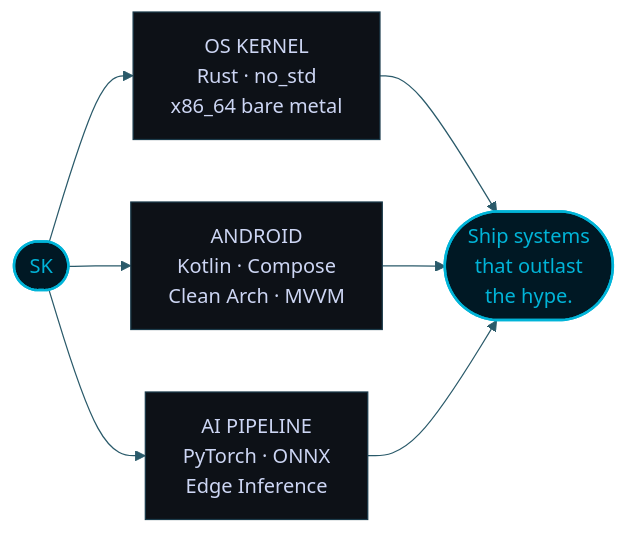
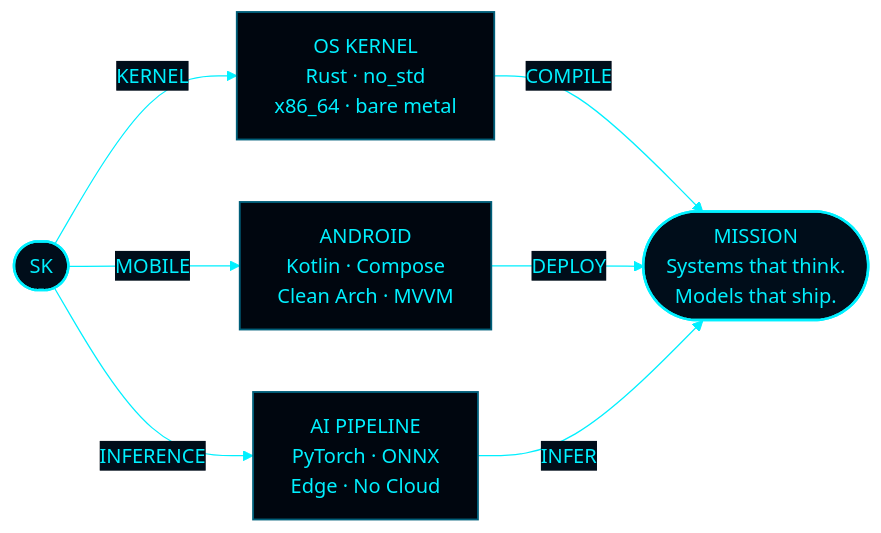
Before and after one commit to samrudha01codespace/samrudha01codespace: the diagram in README.md, drawn with Mermaid.

````diff
--- a/README.md
+++ b/README.md
@@ -85,20 +85,28 @@
 ```mermaid
-%%{init: {'theme': 'base', 'themeVariables': {'primaryColor': '#0D1117', 'primaryTextColor': '#00B4D8', 'primaryBorderColor': '#1a3a4a', 'lineColor': '#2a5a6a', 'secondaryColor': '#0a1520', 'tertiaryColor': '#0a1520', 'nodeTextColor': '#cdd6f4', 'edgeLabelBackground': '#0D1117', 'clusterBkg': '#0a1520', 'titleColor': '#00B4D8', 'fontFamily': 'monospace'}}}%%
+%%{init: {'theme': 'base', 'themeVariables': {'primaryColor': '#000d1a', 'primaryTextColor': '#00f0ff', 'primaryBorderColor': '#00f0ff', 'lineColor': '#00f0ff', 'secondaryColor': '#000d1a', 'tertiaryColor': '#000d1a', 'nodeTextColor': '#00f0ff', 'edgeLabelBackground': '#000d1a', 'clusterBkg': '#000d1a', 'titleColor': '#00f0ff', 'fontFamily': 'monospace'}}}%%
 
 graph LR
     SK(["SK"])
 
-    SK --> OS["OS KERNEL\nRust · no_std\nx86_64 bare metal"]
-    SK --> AND["ANDROID\nKotlin · Compose\nClean Arch · MVVM"]
-    SK --> AI["AI PIPELINE\nPyTorch · ONNX\nEdge Inference"]
+    SK -->|"KERNEL"| OS["OS KERNEL
+    Rust · no_std
+    x86_64 · bare metal"]
+    SK -->|"MOBILE"| AND["ANDROID
+    Kotlin · Compose
+    Clean Arch · MVVM"]
+    SK -->|"INFERENCE"| AI["AI PIPELINE
+    PyTorch · ONNX
+    Edge · No Cloud"]
 
-    OS --> OUT(["Ship systems\nthat outlast\nthe hype."])
-    AND --> OUT
-    AI --> OUT
+    OS -->|"COMPILE"| OUT(["MISSION
+    Systems that think.
+    Models that ship."])
+    AND -->|"DEPLOY"| OUT
+    AI -->|"INFER"| OUT
 
-    style SK fill:#001824,color:#00B4D8,stroke:#00B4D8,stroke-width:2px
-    style OS fill:#0D1117,color:#cdd6f4,stroke:#1a3a4a,stroke-width:1px
-    style AND fill:#0D1117,color:#cdd6f4,stroke:#1a3a4a,stroke-width:1px
-    style AI fill:#0D1117,color:#cdd6f4,stroke:#1a3a4a,stroke-width:1px
-    style OUT fill:#001824,color:#00B4D8,stroke:#00B4D8,stroke-width:2px
+    style SK fill:#000d1a,color:#00f0ff,stroke:#00f0ff,stroke-width:2px
+    style OS fill:#00060f,color:#00f0ff,stroke:#005f7a,stroke-width:1.5px
+    style AND fill:#00060f,color:#00f0ff,stroke:#005f7a,stroke-width:1.5px
+    style AI fill:#00060f,color:#00f0ff,stroke:#005f7a,stroke-width:1.5px
+    style OUT fill:#000d1a,color:#00f0ff,stroke:#00f0ff,stroke-width:2px
 ```
````
